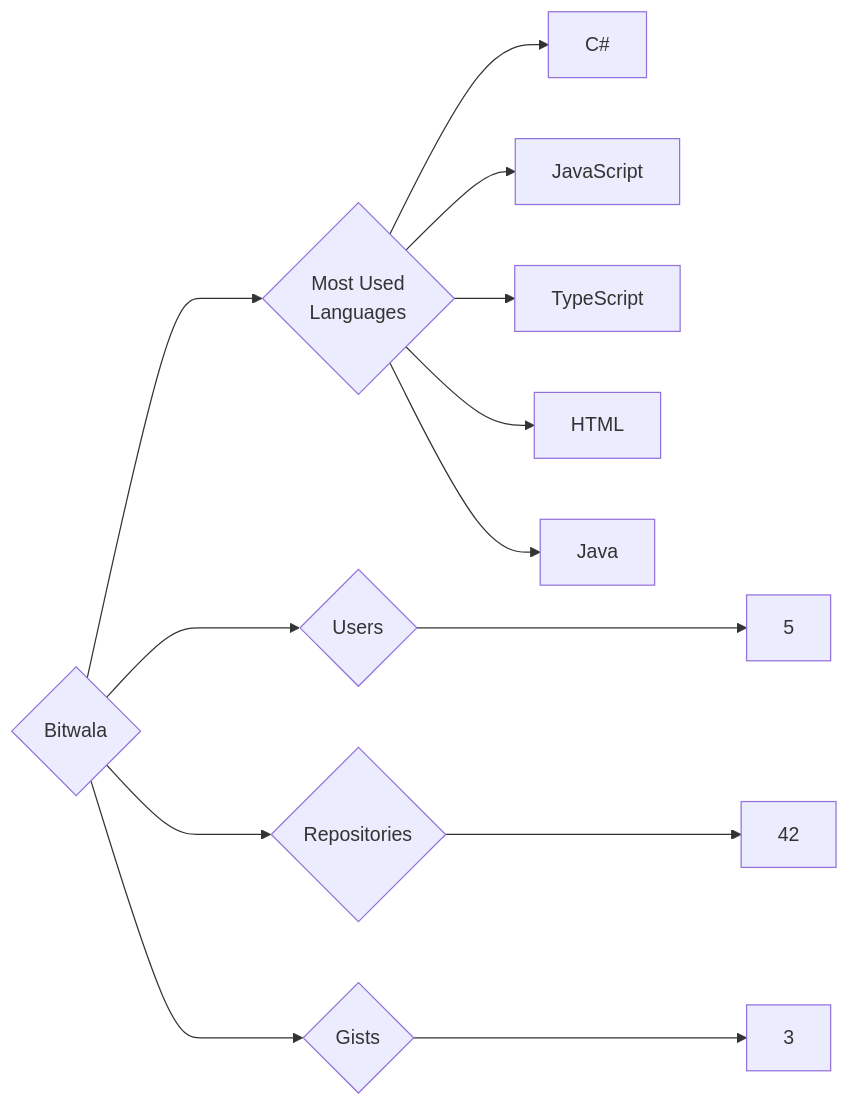
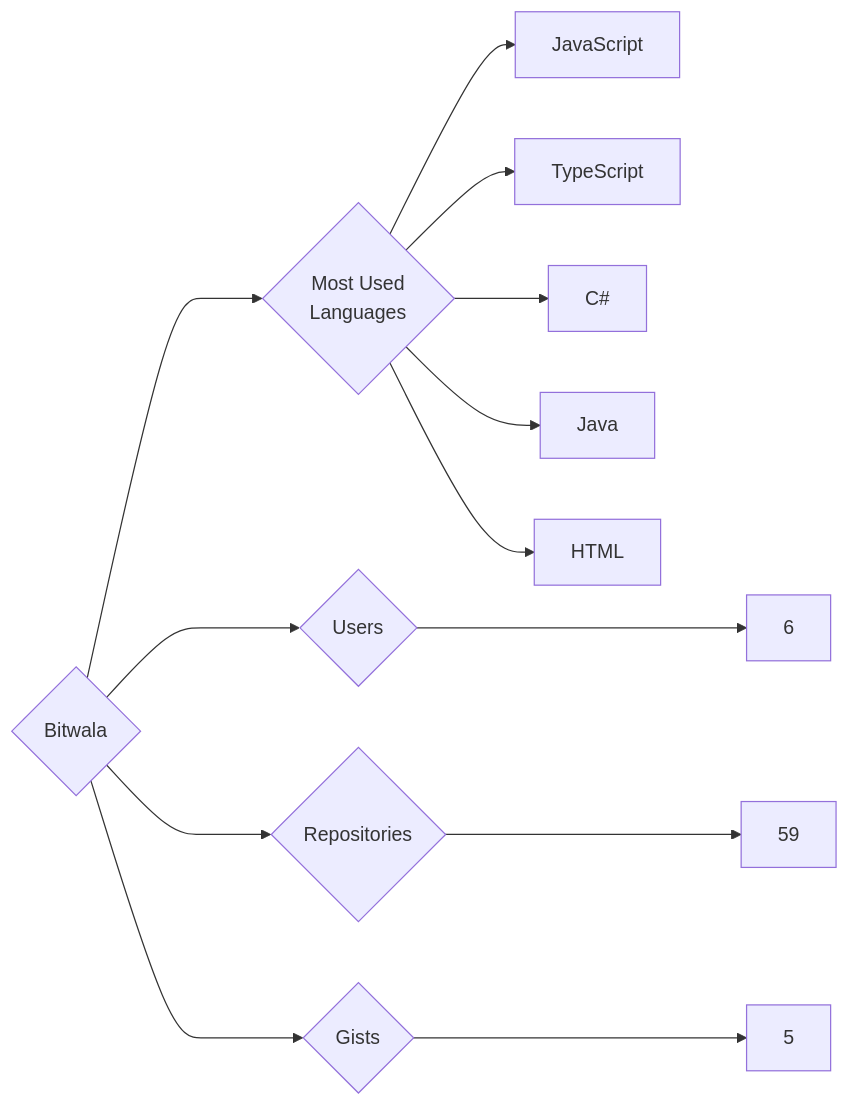
The diagram in targets/Bitwala/README.md (trickest/insiders), drawn with Mermaid before and after one commit. The commit also changed 1175 other files, not shown here.

````diff
--- a/targets/Bitwala/README.md
+++ b/targets/Bitwala/README.md
@@ -3,13 +3,13 @@
 ```mermaid
 graph LR
 COMPANY_NAME{Bitwala}
-COMPANY_NAME ---> U{Users} ---> UN[5]
-COMPANY_NAME ---> R{Repositories} ---> RN[42]
-COMPANY_NAME ---> G{Gists} ---> GN[3]
+COMPANY_NAME ---> U{Users} ---> UN[6]
+COMPANY_NAME ---> R{Repositories} ---> RN[59]
+COMPANY_NAME ---> G{Gists} ---> GN[5]
 COMPANY_NAME ---> ML{Most Used<br>Languages}
-ML --> C#[C#]
 ML --> JavaScript[JavaScript]
 ML --> TypeScript[TypeScript]
+ML --> C#[C#]
+ML --> Java[Java]
 ML --> HTML[HTML]
-ML --> Java[Java]
 ```
````
